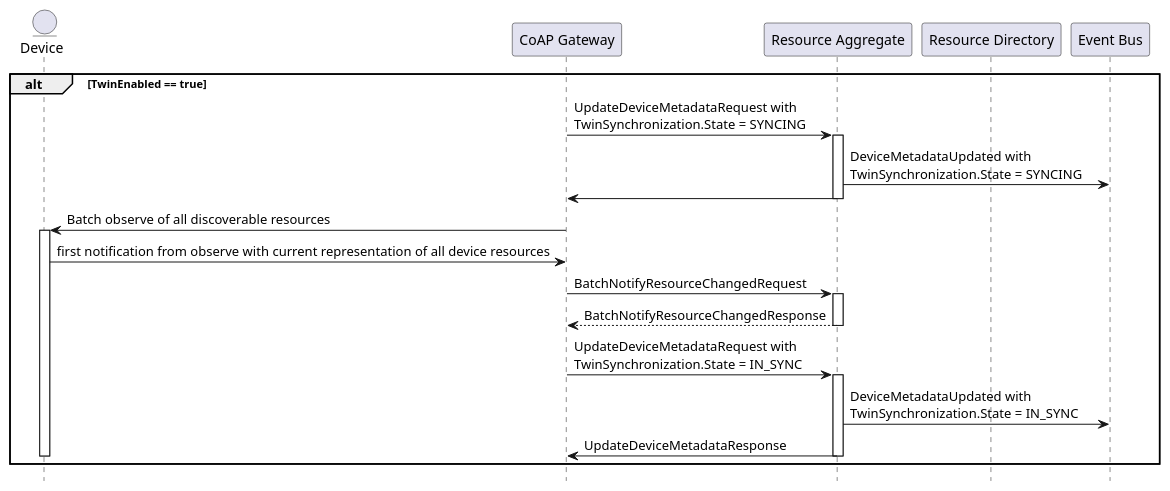
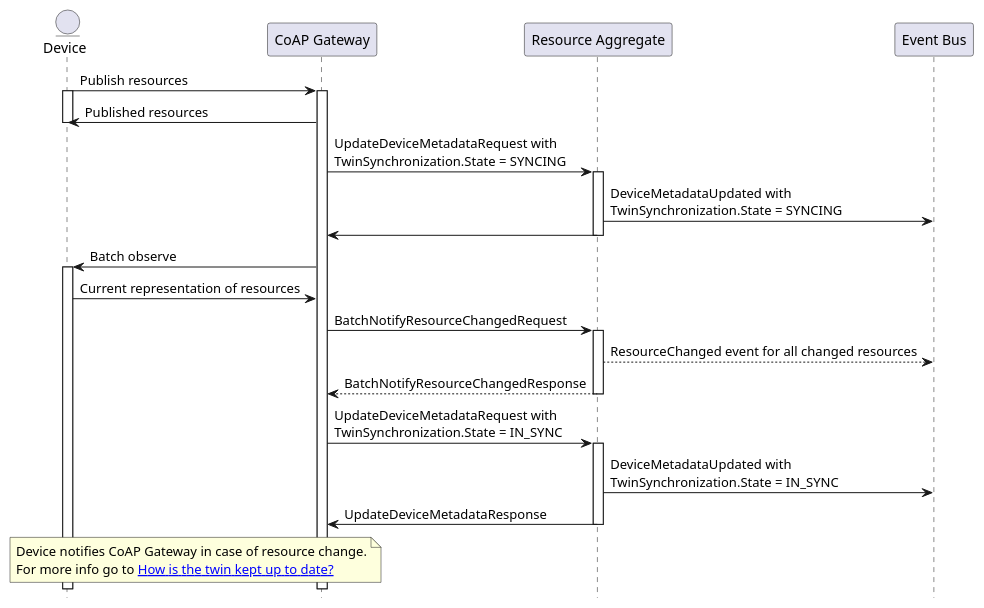
Before and after one commit to plgd-dev/doc: the fourth of 6 diagrams in content/en/docs/features/device-twin.md, drawn with PlantUML. The commit also changed other lines of this file and 2 other files, not shown here.

```diff
--- a/content/en/docs/features/device-twin.md
+++ b/content/en/docs/features/device-twin.md
@@ -109,30 +141,34 @@
 {{< plantuml id="device-metadata-twin-synchronization-batch" >}}
 @startuml Sequence
 skinparam backgroundColor transparent
 hide footbox
 
 entity Device as "Device"
 participant CGW as "CoAP Gateway"
 participant RA as "Resource Aggregate"
-participant RD as "Resource Directory"
 participant EB as "Event Bus"
 
-alt TwinEnabled == true
-  CGW -> RA++: UpdateDeviceMetadataRequest with\nTwinSynchronization.State = SYNCING
-  RA -> EB: DeviceMetadataUpdated with\nTwinSynchronization.State = SYNCING
-  RA -> CGW
-  deactivate RA
-  CGW -> Device++: Batch observe of all discoverable resources
-  Device -> CGW: first notification from observe with current representation of all device resources
-  CGW -> RA++: BatchNotifyResourceChangedRequest
-  return BatchNotifyResourceChangedResponse
-  CGW -> RA++: UpdateDeviceMetadataRequest with\nTwinSynchronization.State = IN_SYNC
-  RA -> EB: DeviceMetadataUpdated with\nTwinSynchronization.State = IN_SYNC
-  RA -> CGW: UpdateDeviceMetadataResponse
-  deactivate RA
-  deactivate Device
-end
-deactivate CGW
+Device -> CGW ++: Publish resources
+activate Device
+CGW -> Device: Published resources
+deactivate Device
+CGW -> RA++: UpdateDeviceMetadataRequest with\nTwinSynchronization.State = SYNCING
+RA -> EB: DeviceMetadataUpdated with\nTwinSynchronization.State = SYNCING
+RA -> CGW
+deactivate RA
+CGW -> Device++: Batch observe
+Device -> CGW: Current representation of resources
+CGW -> RA++: BatchNotifyResourceChangedRequest
+  RA --> EB: ResourceChanged event for all changed resources
+return BatchNotifyResourceChangedResponse
+CGW -> RA++: UpdateDeviceMetadataRequest with\nTwinSynchronization.State = IN_SYNC
+RA -> EB: DeviceMetadataUpdated with\nTwinSynchronization.State = IN_SYNC
+RA -> CGW: UpdateDeviceMetadataResponse
+deactivate RA
+note over Device, CGW
+Device notifies CoAP Gateway in case of resource change.
+For more info go to [[#how-is-the-twin-kept-up-to-date How is the twin kept up to date?]]
+end note
 
 @enduml
 {{< /plantuml >}}
```
